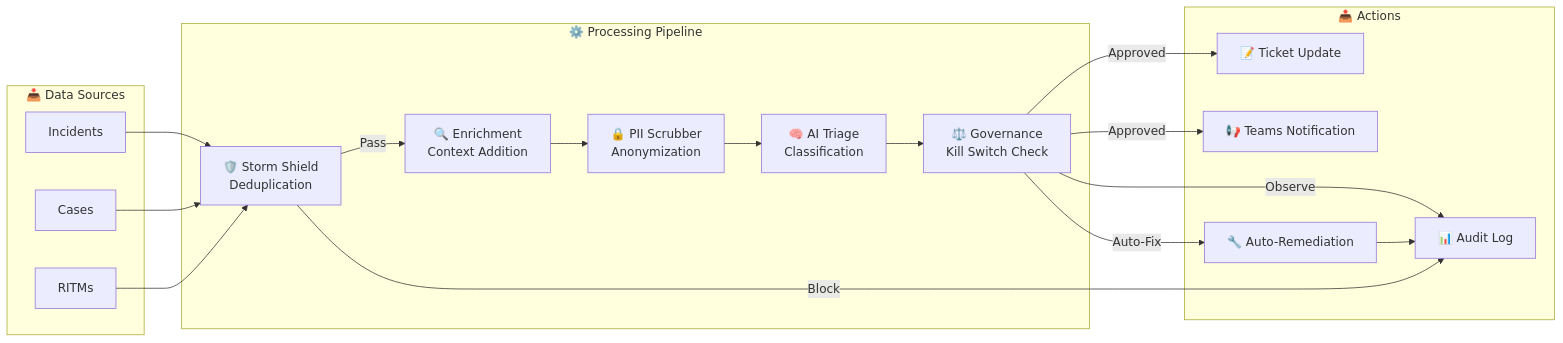
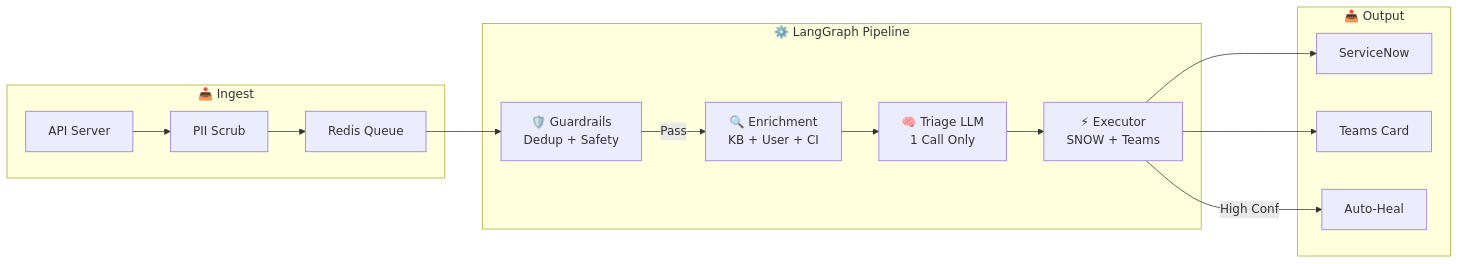
The diagram in docs/implementation_plan.md (maniltns/AEGIS), drawn with Mermaid before and after one commit. The commit also changed other lines of this file and 15 other files, not shown here.

````diff
--- a/docs/implementation_plan.md
+++ b/docs/implementation_plan.md
@@ -1194,37 +26,28 @@
 ```mermaid
 flowchart LR
-    subgraph INPUT["📥 Data Sources"]
-        INC["Incidents"]
-        CASE["Cases"]
-        RITM["RITMs"]
+    subgraph "📥 Ingest"
+        API["API Server"]
+        PII["PII Scrub"]
+        QUEUE["Redis Queue"]
     end
 
-    subgraph PROCESS["⚙️ Processing Pipeline"]
-        STORM["🛡️ Storm Shield<br/>Deduplication"]
-        ENRICH["🔍 Enrichment<br/>Context Addition"]
-        PII["🔒 PII Scrubber<br/>Anonymization"]
-        AI["🧠 AI Triage<br/>Classification"]
-        GOV["⚖️ Governance<br/>Kill Switch Check"]
+    subgraph "⚙️ LangGraph Pipeline"
+        N1["🛡️ Guardrails<br/>Dedup + Safety"]
+        N2["🔍 Enrichment<br/>KB + User + CI"]
+        N3["🧠 Triage LLM<br/>1 Call Only"]
+        N4["⚡ Executor<br/>SNOW + Teams"]
     end
 
-    subgraph OUTPUT["📤 Actions"]
-        UPDATE["📝 Ticket Update"]
-        NOTIFY["📢 Teams Notification"]
-        AUDIT["📊 Audit Log"]
-        EXEC["🔧 Auto-Remediation"]
+    subgraph "📤 Output"
+        SNOW["ServiceNow"]
+        TEAMS["Teams Card"]
+        SSM["Auto-Heal"]
     end
 
-    INC --> STORM
-    CASE --> STORM
-    RITM --> STORM
-    STORM -->|Pass| ENRICH
-    STORM -->|Block| AUDIT
-    ENRICH --> PII
-    PII --> AI
-    AI --> GOV
-    GOV -->|Approved| UPDATE
-    GOV -->|Approved| NOTIFY
-    GOV -->|Observe| AUDIT
-    GOV -->|Auto-Fix| EXEC
-    EXEC --> AUDIT
+    API --> PII --> QUEUE
+    QUEUE --> N1
+    N1 -->|Pass| N2 --> N3 --> N4
+    N4 --> SNOW
+    N4 --> TEAMS
+    N4 -->|High Conf| SSM
 ```
````
